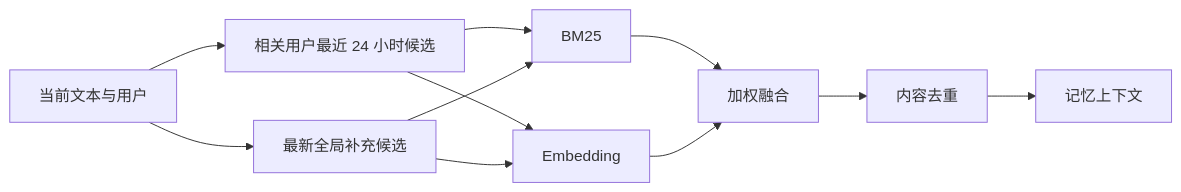
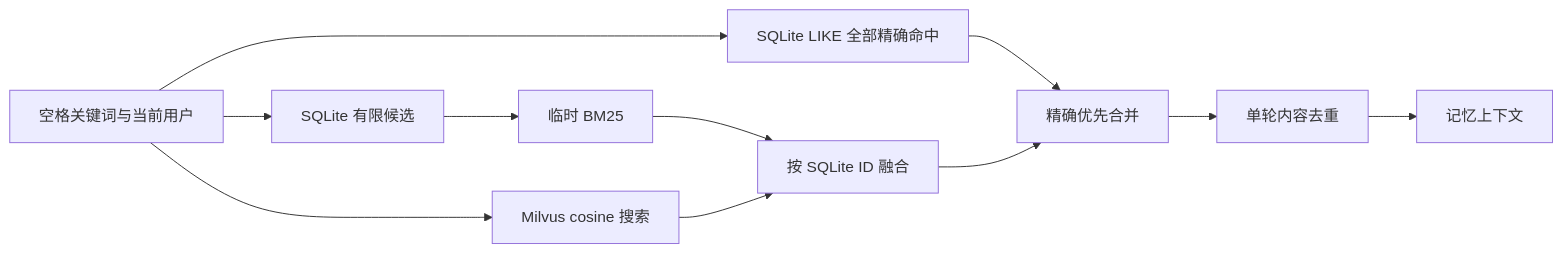
Before and after one commit to ATreep/hatsume-qq-bot: the sixth of 9 diagrams in docs/arch.md, drawn with Mermaid. The commit also changed other lines of this file and 29 other files, not shown here.

```diff
--- a/docs/arch.md
+++ b/docs/arch.md
@@ -294,13 +297,13 @@
 ~~~mermaid
 flowchart LR
-    Query[当前文本与用户] --> Phase1[相关用户最近 24 小时候选]
-    Query --> Phase2[最新全局补充候选]
-    Phase1 --> BM25[BM25]
-    Phase1 --> Vec[Embedding]
-    Phase2 --> BM25
-    Phase2 --> Vec
-    BM25 --> Fusion[加权融合]
-    Vec --> Fusion
-    Fusion --> Dedup[内容去重]
+    Query[空格关键词与当前用户] --> Exact[SQLite LIKE 全部精确命中]
+    Query --> Bounded[SQLite 有限候选]
+    Query --> Milvus[Milvus cosine 搜索]
+    Bounded --> BM25[临时 BM25]
+    BM25 --> Fusion[按 SQLite ID 融合]
+    Milvus --> Fusion
+    Exact --> Merge[精确优先合并]
+    Fusion --> Merge
+    Merge --> Dedup[单轮内容去重]
     Dedup --> Context[记忆上下文]
 ~~~
```
